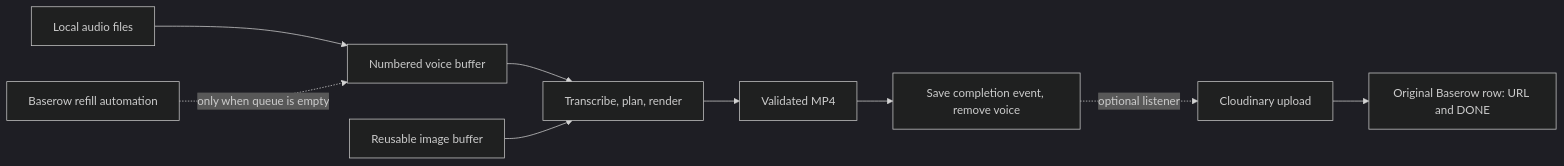
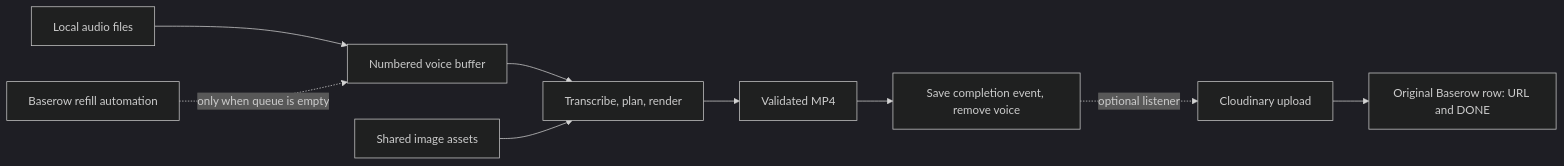
One commit to houssamBensiyed/poetry-shorts-maker changed the diagram in README.md. Above: the diagram before and after it, drawn with Mermaid (dark theme). The commit also changed other lines of this file and 25 other files, not shown here.

Commit message:
Use shared image assets and reserve the buffer for audio

````diff
--- a/README.md
+++ b/README.md
@@ -7,11 +7,11 @@
 ```mermaid
 flowchart LR
     Files[Local audio files] --> Queue[Numbered voice buffer]
     Queue --> Worker[Transcribe, plan, render]
-    Images[Reusable image buffer] --> Worker
+    Images[Shared image assets] --> Worker
     Worker --> Video[Validated MP4]
     Video --> Consume[Save completion event, remove voice]
     Baserow[Baserow refill automation] -. only when queue is empty .-> Queue
     Consume -. optional listener .-> Upload[Cloudinary upload]
     Upload --> Sheet[Original Baserow row: URL and DONE]
 ```
````
